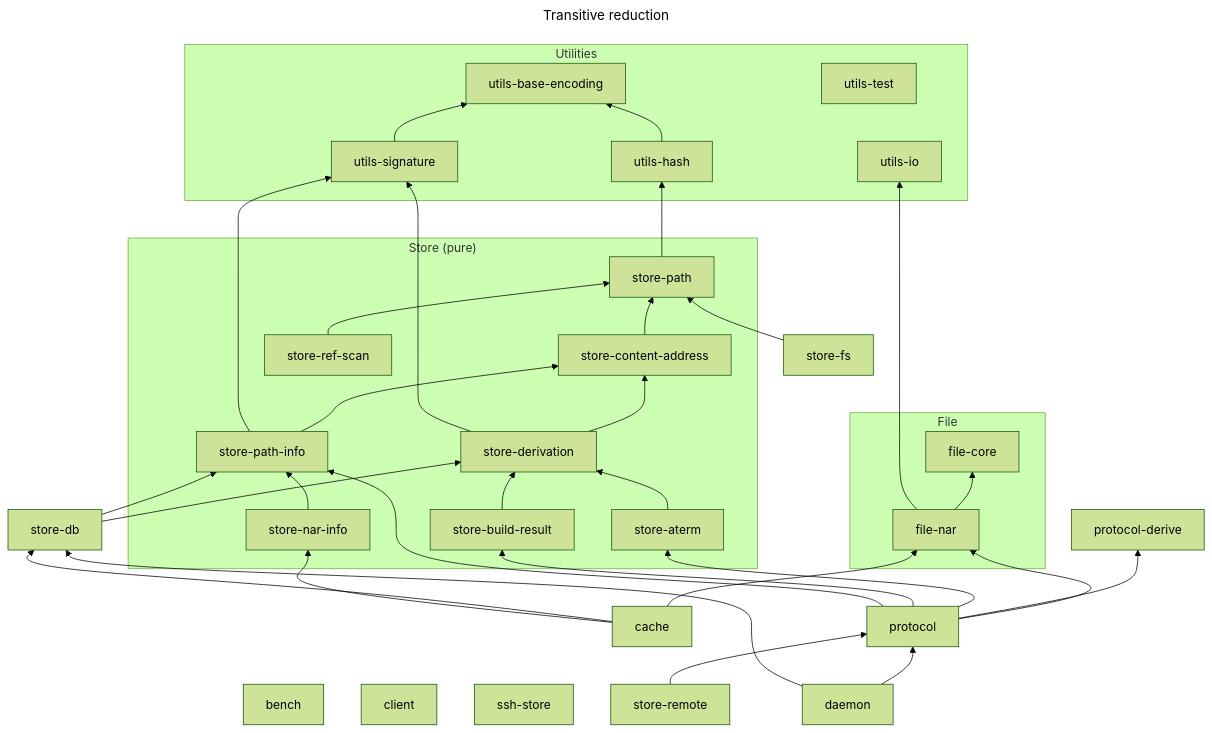
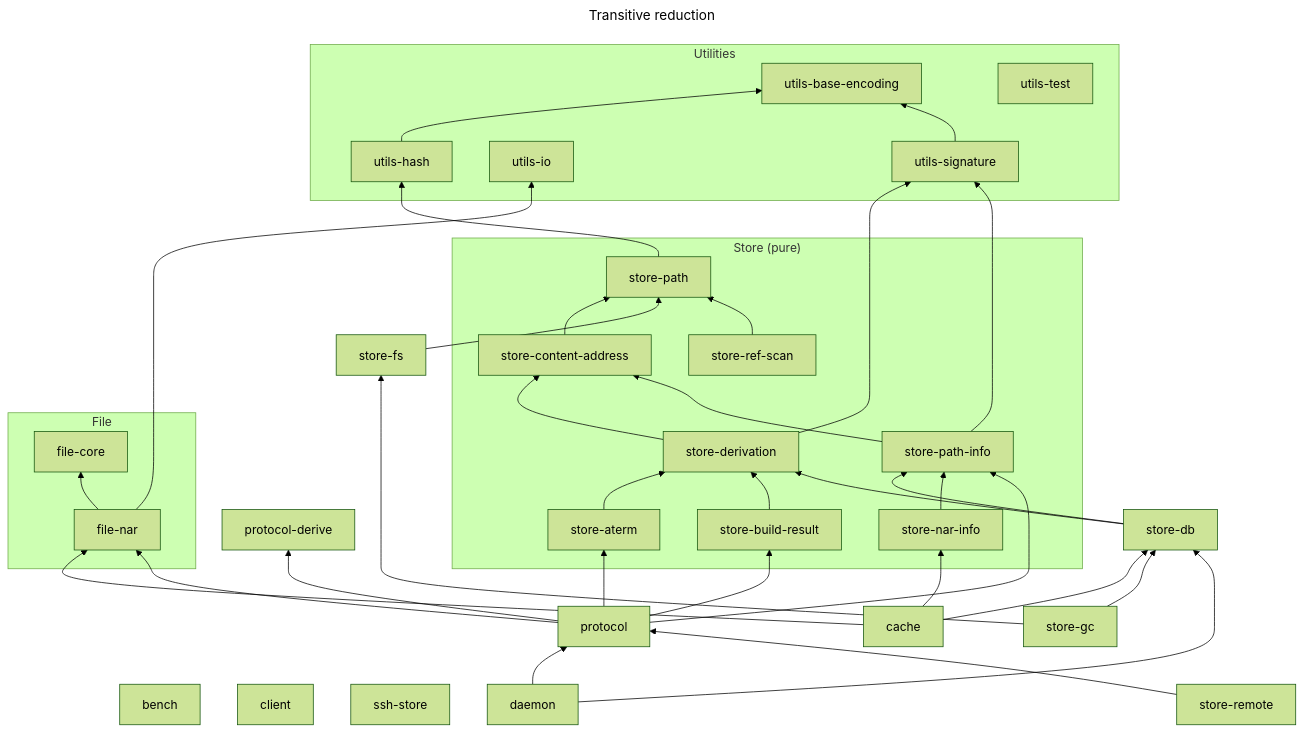
The diagram in docs/architecture/harmonia-store-structure.md (nix-community/harmonia), drawn with Mermaid (forest theme) before and after one commit. The commit also changed 7 other files, not shown here.

````diff
--- a/docs/architecture/harmonia-store-structure.md
+++ b/docs/architecture/harmonia-store-structure.md
@@ -79,58 +79,60 @@
 ```mermaid
 ---
 title: Transitive reduction
 ---
 graph BT
     subgraph "Utilities"
         utils-base-encoding
         utils-hash
         utils-io
         utils-signature
         utils-test
     end
     subgraph "Store (pure)"
         store-aterm
         store-build-result
         store-content-address
         store-derivation
         store-nar-info
         store-path
         store-path-info
         store-ref-scan
     end
     subgraph "File"
         file-core
         file-nar
     end
     bench
     client
     ssh-store
     file-nar --> file-core
     file-nar --> utils-io
     utils-hash --> utils-base-encoding
     utils-signature --> utils-base-encoding
     store-path --> utils-hash
     store-content-address --> store-path
     store-fs --> store-path
     store-ref-scan --> store-path
     store-derivation --> store-content-address
     store-derivation --> utils-signature
     store-path-info --> store-content-address
     store-path-info --> utils-signature
     store-aterm --> store-derivation
     store-build-result --> store-derivation
     store-db --> store-derivation
     store-db --> store-path-info
     store-nar-info --> store-path-info
     cache --> file-nar
     cache --> store-db
     cache --> store-nar-info
     protocol --> file-nar
     protocol --> protocol-derive
     protocol --> store-aterm
     protocol --> store-build-result
     protocol --> store-path-info
+    store-gc --> store-db
+    store-gc --> store-fs
     daemon --> protocol
     daemon --> store-db
     store-remote --> protocol
 ```
````
